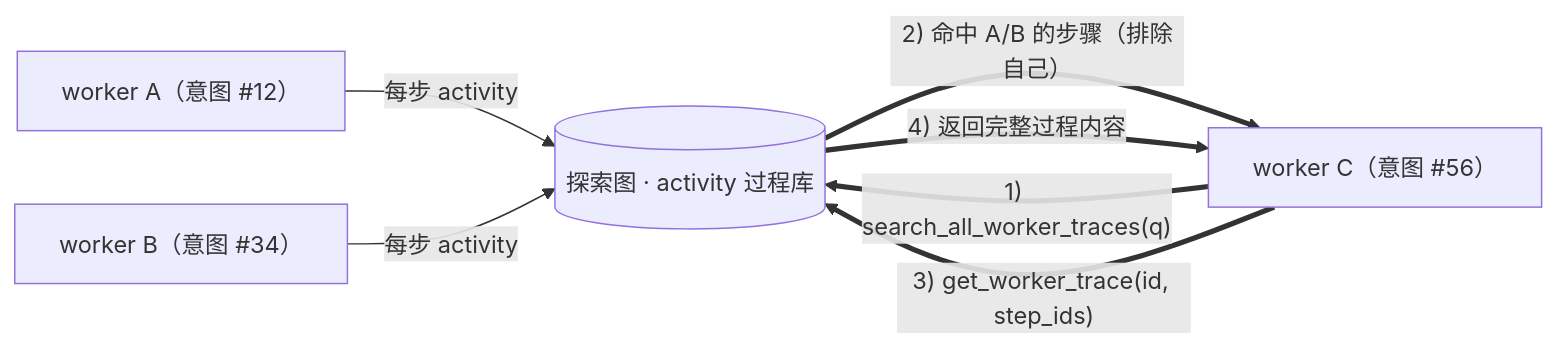
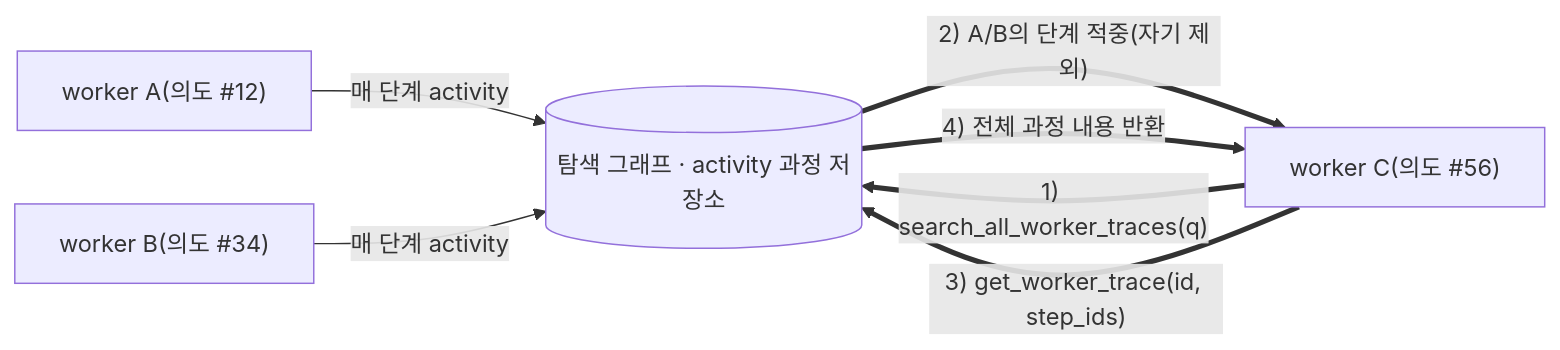
One commit to Doyoun510/ARTEX_ko changed the fourth of 5 diagrams in README.md. Above: the diagram before and after it, drawn with Mermaid. The commit also changed other lines of this file and 2 other files, not shown here.

````diff
--- a/README.md
+++ b/README.md
@@ -423,9 +446,9 @@
 ```mermaid
 flowchart LR
-  WA["worker A（意图 #12）"] -->|"每步 activity"| ACT[("探索图 · activity 过程库")]
-  WB["worker B（意图 #34）"] -->|"每步 activity"| ACT
-  WC["worker C（意图 #56）"] ==>|"1) search_all_worker_traces(q)"| ACT
-  ACT ==>|"2) 命中 A/B 的步骤（排除自己）"| WC
+  WA["worker A(의도 #12)"] -->|"매 단계 activity"| ACT[("탐색 그래프 · activity 과정 저장소")]
+  WB["worker B(의도 #34)"] -->|"매 단계 activity"| ACT
+  WC["worker C(의도 #56)"] ==>|"1) search_all_worker_traces(q)"| ACT
+  ACT ==>|"2) A/B의 단계 적중(자기 제외)"| WC
   WC ==>|"3) get_worker_trace(id, step_ids)"| ACT
-  ACT ==>|"4) 返回完整过程内容"| WC
+  ACT ==>|"4) 전체 과정 내용 반환"| WC
 ```
````
